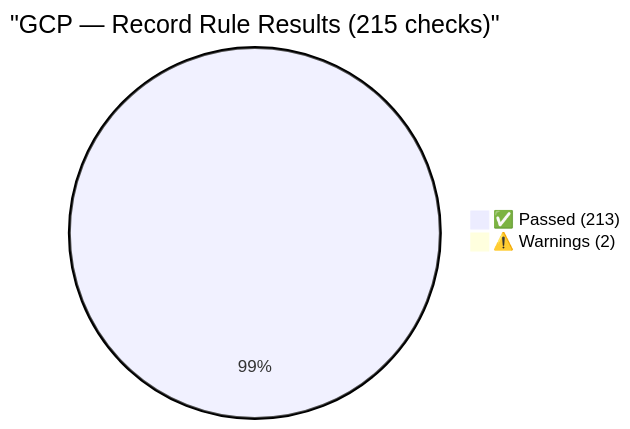
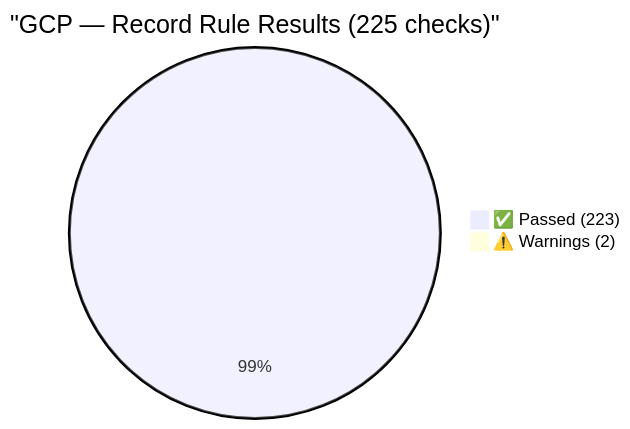
The sixth of 8 diagrams in tests/reports/crit-test-report.md (Vulnetix/ietf-crit-spec), drawn with Mermaid before and after one commit. The commit also changed other lines of this file and 19 other files, not shown here.

````diff
--- a/tests/reports/crit-test-report.md
+++ b/tests/reports/crit-test-report.md
@@ -347,5 +353,5 @@
 ```mermaid
-pie title "GCP — Record Rule Results (215 checks)"
-    "✅ Passed (213)" : 213
+pie title "GCP — Record Rule Results (225 checks)"
+    "✅ Passed (223)" : 223
     "⚠️ Warnings (2)" : 2
 ```
````
